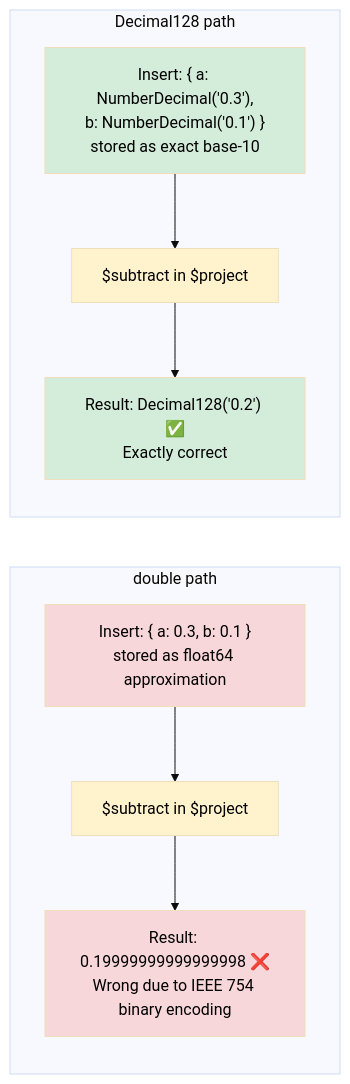
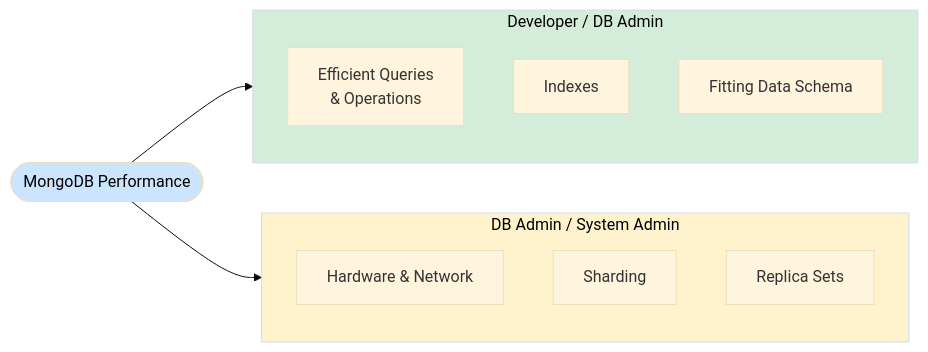
One commit to PrashantMudhiraj/JSAdv changed diagram 32 of 36 in mongodb/mongodb.md. Above: the diagram before and after it, drawn with Mermaid (base theme). The commit also changed other lines of this file, not shown here.

````diff
--- a/mongodb/mongodb.md
+++ b/mongodb/mongodb.md
@@ -12372,23 +13396,23 @@
 ```mermaid
 flowchart LR
-    subgraph double path
-        A1["Insert: { a: 0.3, b: 0.1 }<br/>stored as float64 approximation"]
-        A2["$subtract in $project"]
-        A3["Result: 0.19999999999999998 ❌<br/>Wrong due to IEEE 754 binary encoding"]
-        A1 --> A2 --> A3
+    PERF(["MongoDB Performance"])
+
+    subgraph DEV ["Developer / DB Admin"]
+        D1["Efficient Queries<br/>& Operations"]
+        D2["Indexes"]
+        D3["Fitting Data Schema"]
     end
 
-    subgraph Decimal128 path
-        B1["Insert: { a: NumberDecimal('0.3'),<br/>b: NumberDecimal('0.1') }<br/>stored as exact base-10"]
-        B2["$subtract in $project"]
-        B3["Result: Decimal128('0.2') ✅<br/>Exactly correct"]
-        B1 --> B2 --> B3
+    subgraph ADMIN ["DB Admin / System Admin"]
+        A1["Hardware & Network"]
+        A2["Sharding"]
+        A3["Replica Sets"]
     end
 
-    style A1 fill:#f8d7da,color:#000
-    style A2 fill:#fff3cd,color:#000
-    style A3 fill:#f8d7da,color:#000
-    style B1 fill:#d4edda,color:#000
-    style B2 fill:#fff3cd,color:#000
-    style B3 fill:#d4edda,color:#000
+    PERF --> DEV
+    PERF --> ADMIN
+
+    style PERF fill:#cce5ff,color:#000
+    style DEV fill:#d4edda,color:#000
+    style ADMIN fill:#fff3cd,color:#000
 ```
````
